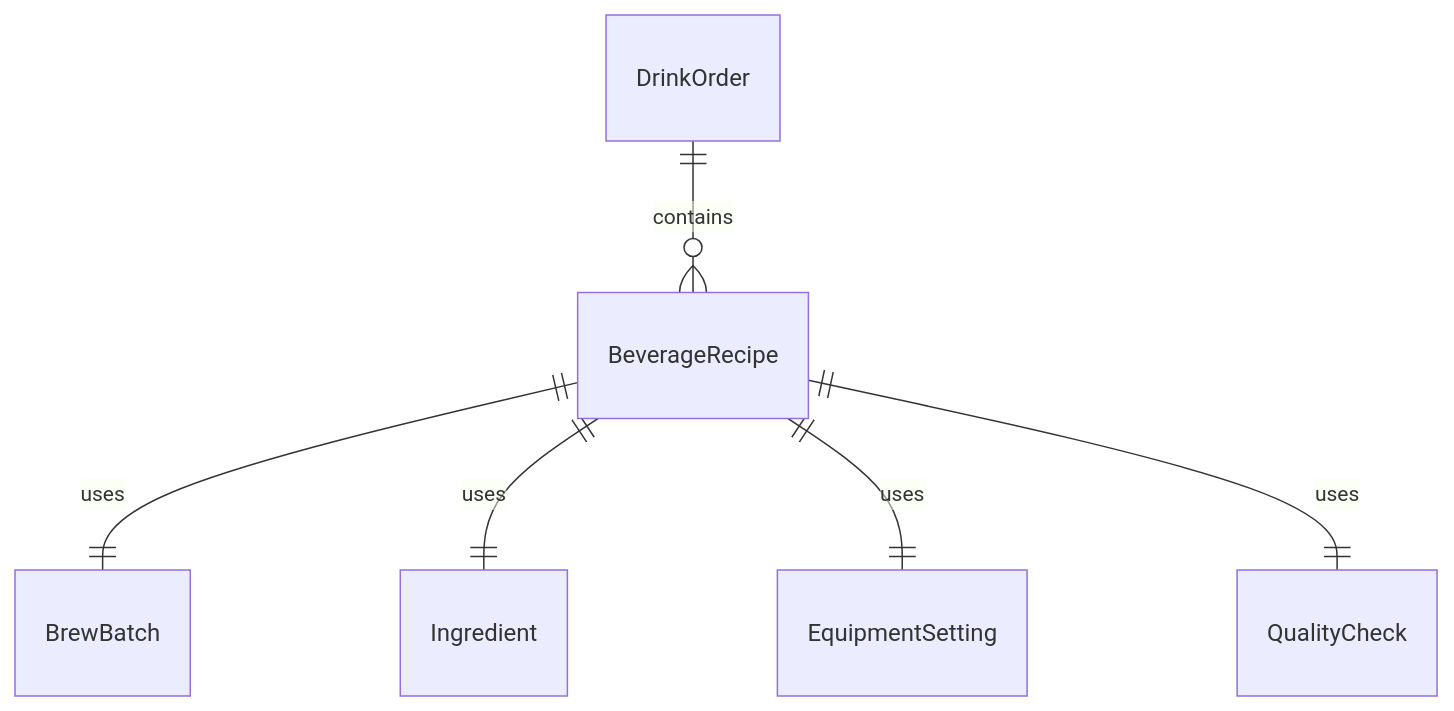
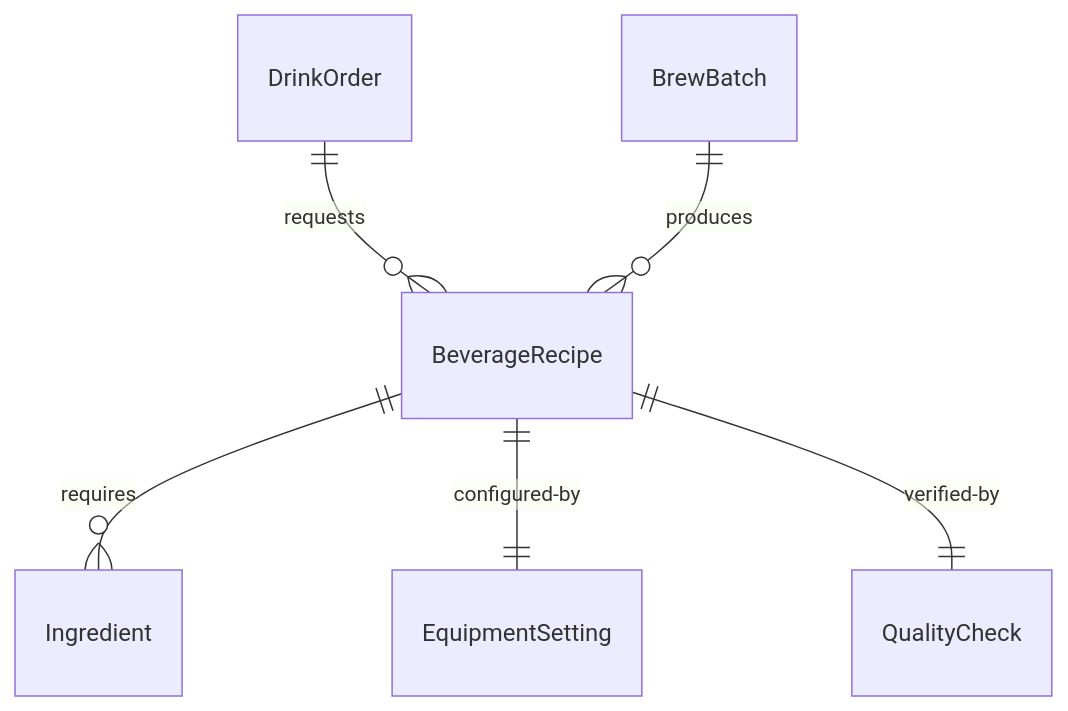
One commit to dot-org-ai/tasks.org.ai changed the first of 4 diagrams in HandlingAndMovingObjects/PrepareFoodsOrBeverages/PrepareHotColdBeverages.mdx. Above: the diagram before and after it, drawn with Mermaid. The commit also changed other lines of this file and 515 other files, not shown here.

````diff
--- a/HandlingAndMovingObjects/PrepareFoodsOrBeverages/PrepareHotColdBeverages.mdx
+++ b/HandlingAndMovingObjects/PrepareFoodsOrBeverages/PrepareHotColdBeverages.mdx
@@ -87,8 +87,8 @@
 ```mermaid
 erDiagram
-    DrinkOrder ||--o{ BeverageRecipe : "contains"
-    BeverageRecipe ||--|| BrewBatch : "uses"
-    BeverageRecipe ||--|| Ingredient : "uses"
-    BeverageRecipe ||--|| EquipmentSetting : "uses"
-    BeverageRecipe ||--|| QualityCheck : "uses"
+    DrinkOrder ||--o{ BeverageRecipe : "requests"
+    BeverageRecipe ||--o{ Ingredient : "requires"
+    BeverageRecipe ||--|| EquipmentSetting : "configured-by"
+    BrewBatch ||--o{ BeverageRecipe : "produces"
+    BeverageRecipe ||--|| QualityCheck : "verified-by"
 ```
````
